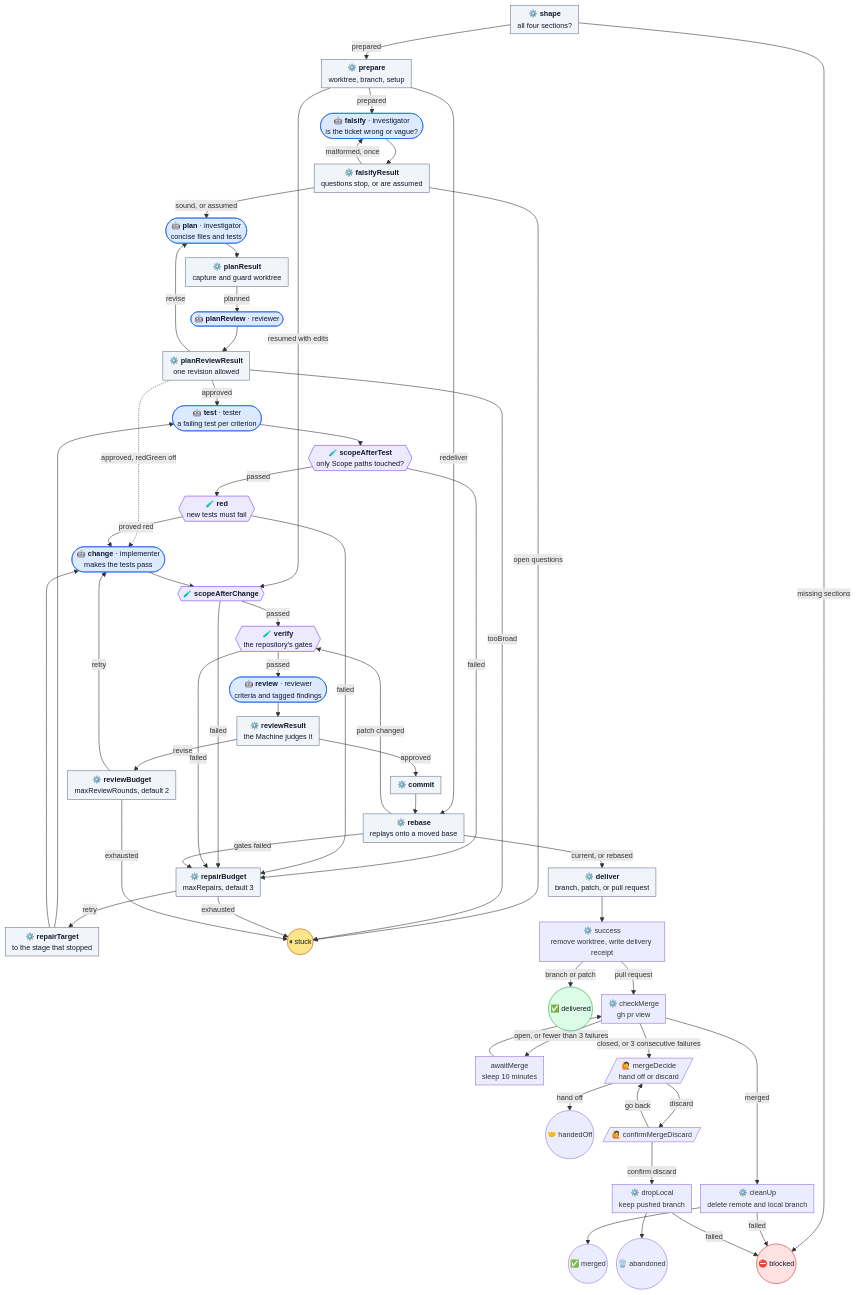
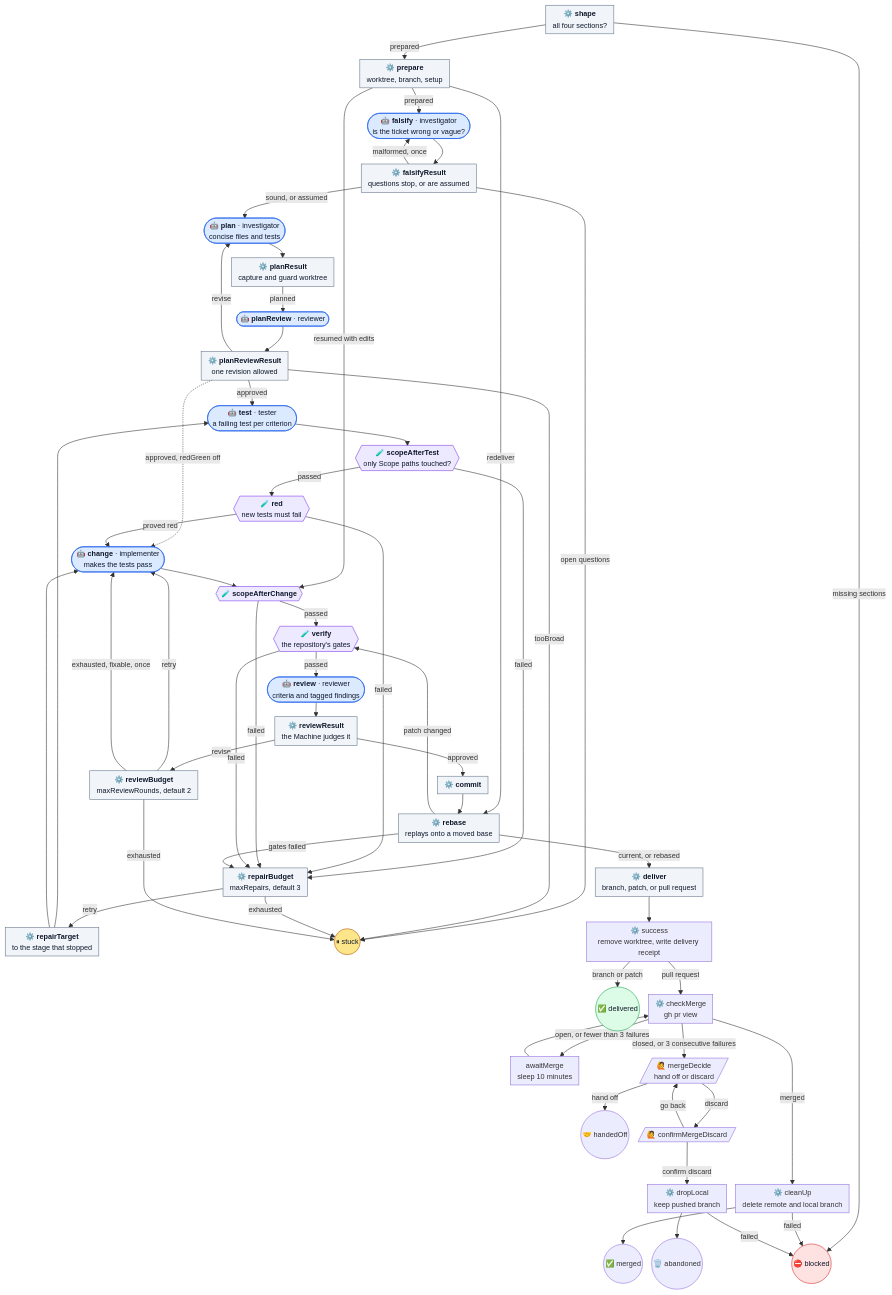
One commit to dna113p/machine-shop changed the first of 2 diagrams in docs/workflows/ticket-task.md. Above: the diagram before and after it, drawn with Mermaid. The commit also changed other lines of this file and 4 other files, not shown here.

First line of the commit message:
A reviewer's fixable blocker goes back to the implementer once more before the run asks its owner

```diff
--- a/docs/workflows/ticket-task.md
+++ b/docs/workflows/ticket-task.md
@@ -120,6 +120,7 @@
   verify -->|passed| review --> reviewResult
   reviewResult -->|revise| reviewBudget
   reviewBudget -->|retry| change
+  reviewBudget -->|"exhausted, fixable, once"| change
   reviewResult -->|approved| commit --> rebase
   rebase -->|"current, or rebased"| deliver --> success["⚙️ success<br/>remove worktree, write delivery receipt"]
   success -->|"branch or patch"| delivered
```
